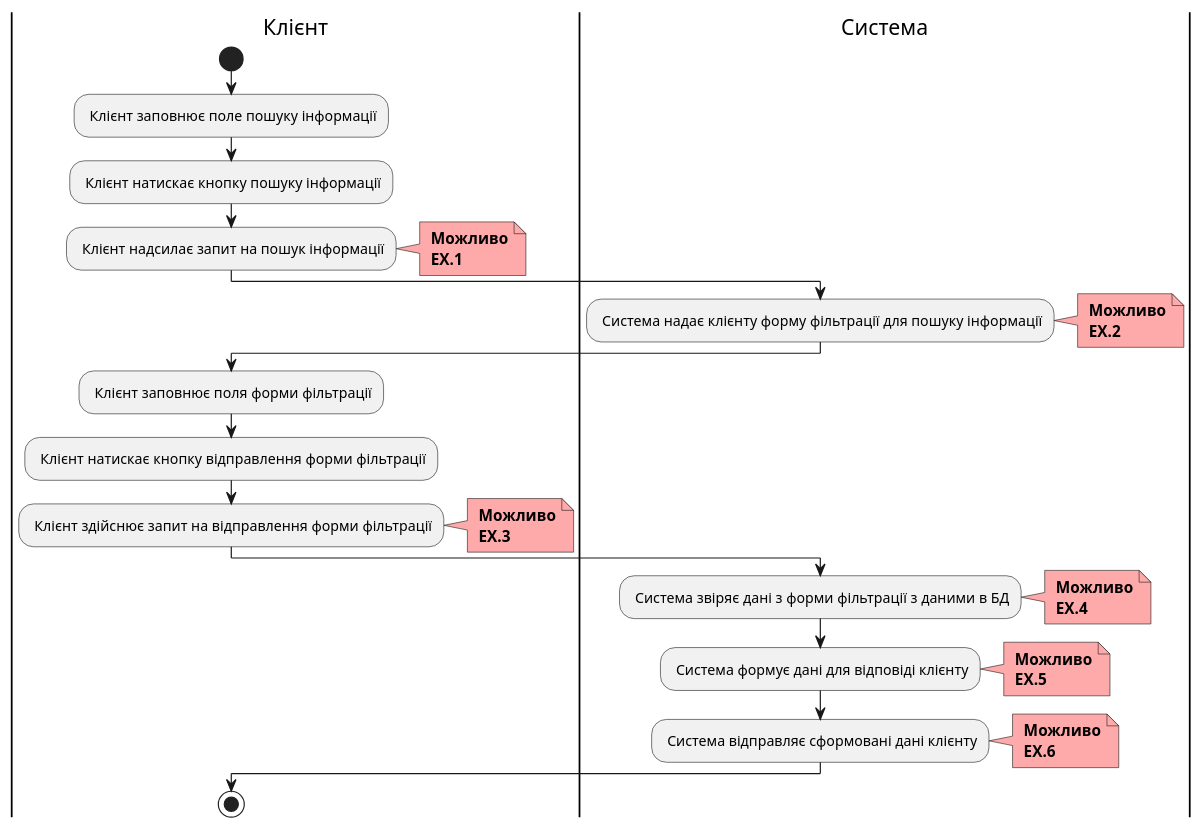
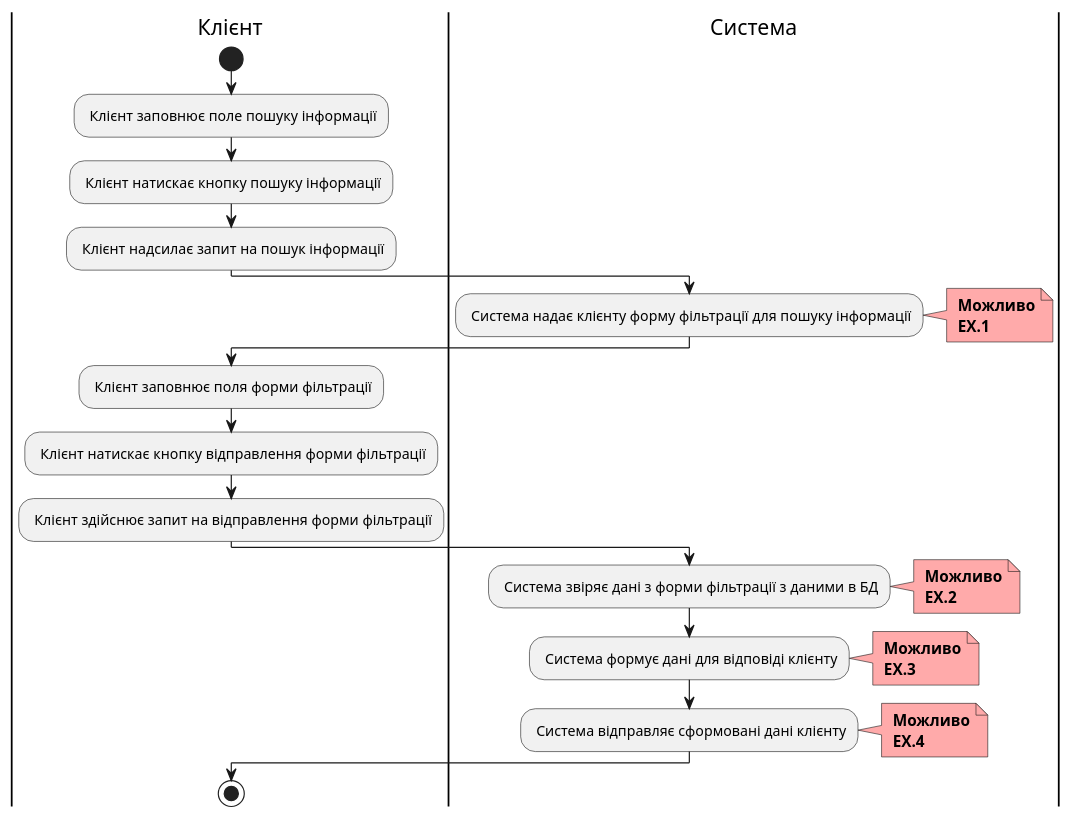
One commit to Pashhaa/media-content-analyze-system changed the third of 4 diagrams in docs/use cases/README.md. Above: the diagram before and after it, drawn with PlantUML. The commit also changed other lines of this file, not shown here.

```diff
--- a/docs/use cases/README.md
+++ b/docs/use cases/README.md
@@ -122,45 +105,37 @@
 @startuml
     
     |Клієнт|
         start
         : Клієнт заповнює поле пошуку інформації;
         : Клієнт натискає кнопку пошуку інформації;
         : Клієнт надсилає запит на пошук інформації;
-        note right #ffaaaa
-        <b> Можливо
-        <b> EX.1
-        end note
     |Система|
         : Система надає клієнту форму фільтрації для пошуку інформації;
         note right #ffaaaa
         <b> Можливо
-        <b> EX.2
+        <b> EX.1
         end note
     |Клієнт|
         : Клієнт заповнює поля форми фільтрації;
         : Клієнт натискає кнопку відправлення форми фільтрації;
         : Клієнт здійснює запит на відправлення форми фільтрації;
+    |Система|
+        : Система звіряє дані з форми фільтрації з даними в БД;
+        note right #ffaaaa
+        <b> Можливо
+        <b> EX.2
+        end note
+        : Система формує дані для відповіді клієнту;
         note right #ffaaaa
         <b> Можливо
         <b> EX.3
         end note
-    |Система|
-        : Система звіряє дані з форми фільтрації з даними в БД;
+        : Система відправляє сформовані дані клієнту;
         note right #ffaaaa
         <b> Можливо
         <b> EX.4
-        end note
-        : Система формує дані для відповіді клієнту;
-        note right #ffaaaa
-        <b> Можливо
-        <b> EX.5
-        end note
-        : Система відправляє сформовані дані клієнту;
-        note right #ffaaaa
-        <b> Можливо
-        <b> EX.6
         end note
     |Клієнт|
         stop;    
 
 @enduml
```
